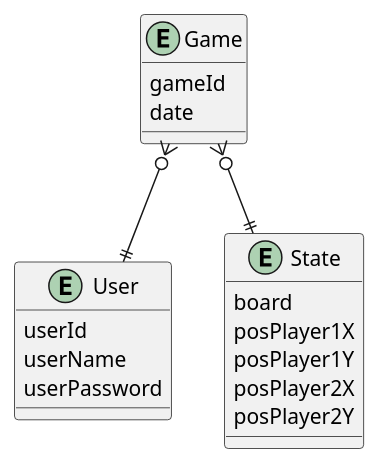
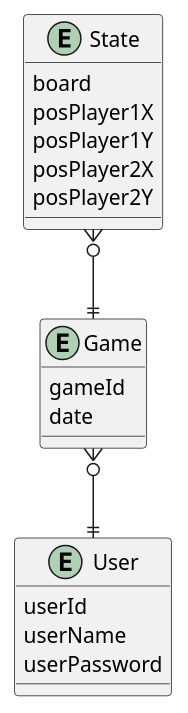
Before and after one commit to vsantele/IG3-projet-ia: the diagram in schema/DB.puml, drawn with PlantUML.

Commit message:
3 modèles et initialisation (en attente de précision)

```diff
--- a/schema/DB.puml
+++ b/schema/DB.puml
@@ -1,24 +1,24 @@
 @startuml
 
 entity Game{
     gameId
     date
 }
 entity User{
     userId 
     userName 
     userPassword 
 }
 entity State{
     board 
     posPlayer1X
     posPlayer1Y
     posPlayer2X
     posPlayer2Y
 }
 
 Game }o--|| User
-Game }o--|| State
+State }o--|| Game
 
 
 @enduml
```
